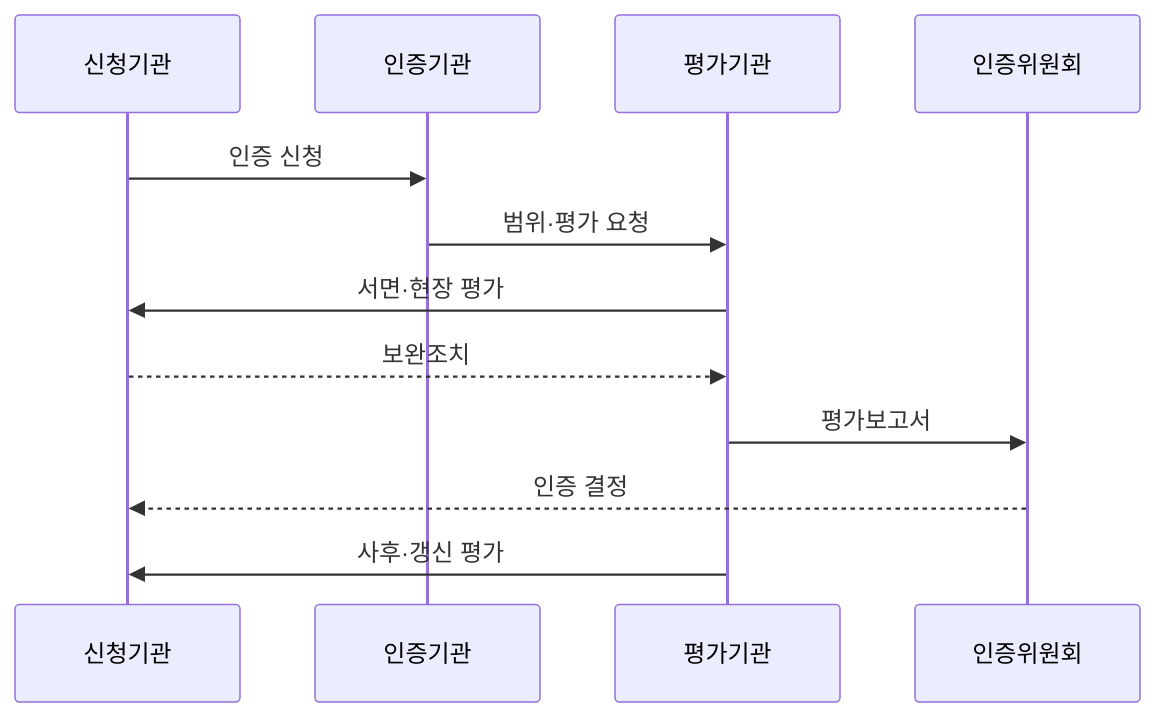
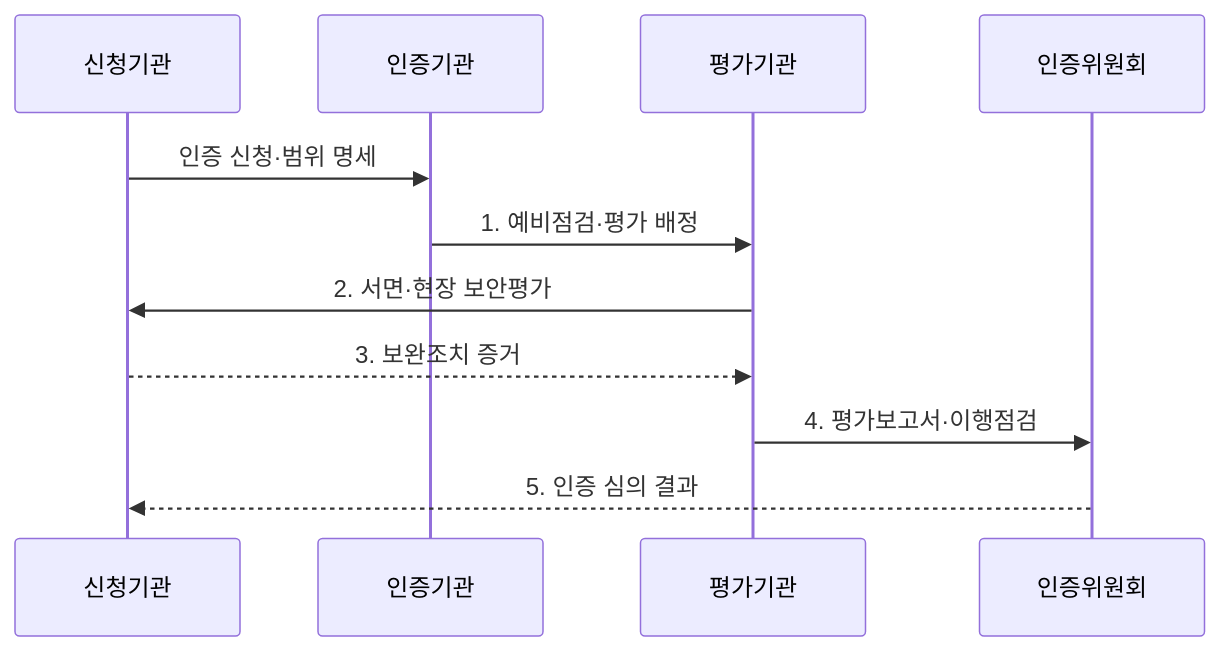
The second of 2 diagrams in src/content/docs/notes/06-evaluation/048_csap_assessment.md (agnusdei1207/knowledge-base), drawn with Mermaid before and after one commit. The commit also changed other lines of this file and 9 other files, not shown here.

````diff
--- a/src/content/docs/notes/06-evaluation/048_csap_assessment.md
+++ b/src/content/docs/notes/06-evaluation/048_csap_assessment.md
@@ -83,14 +86,13 @@
 ```mermaid
 sequenceDiagram
     participant C as 신청기관
     participant K as 인증기관
     participant E as 평가기관
     participant B as 인증위원회
-    C->>K: 인증 신청
-    K->>E: 범위·평가 요청
-    E->>C: 서면·현장 평가
-    C-->>E: 보완조치
-    E->>B: 평가보고서
-    B-->>C: 인증 결정
-    E->>C: 사후·갱신 평가
+    C->>K: 인증 신청·범위 명세
+    K->>E: 1. 예비점검·평가 배정
+    E->>C: 2. 서면·현장 보안평가
+    C-->>E: 3. 보완조치 증거
+    E->>B: 4. 평가보고서·이행점검
+    B-->>C: 5. 인증 심의 결과
 ```
````
